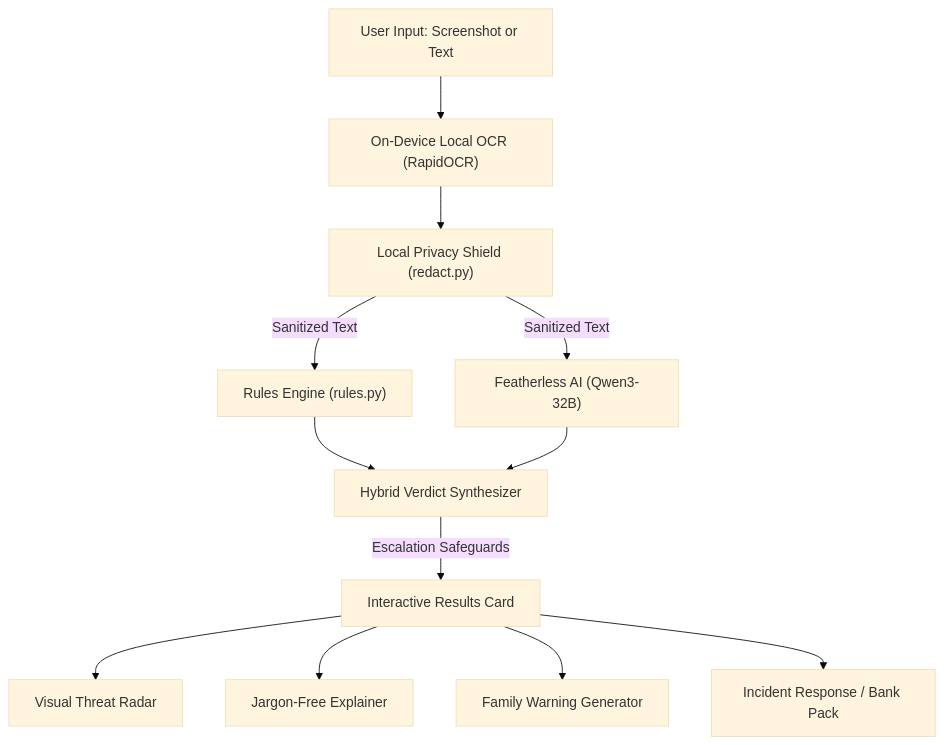
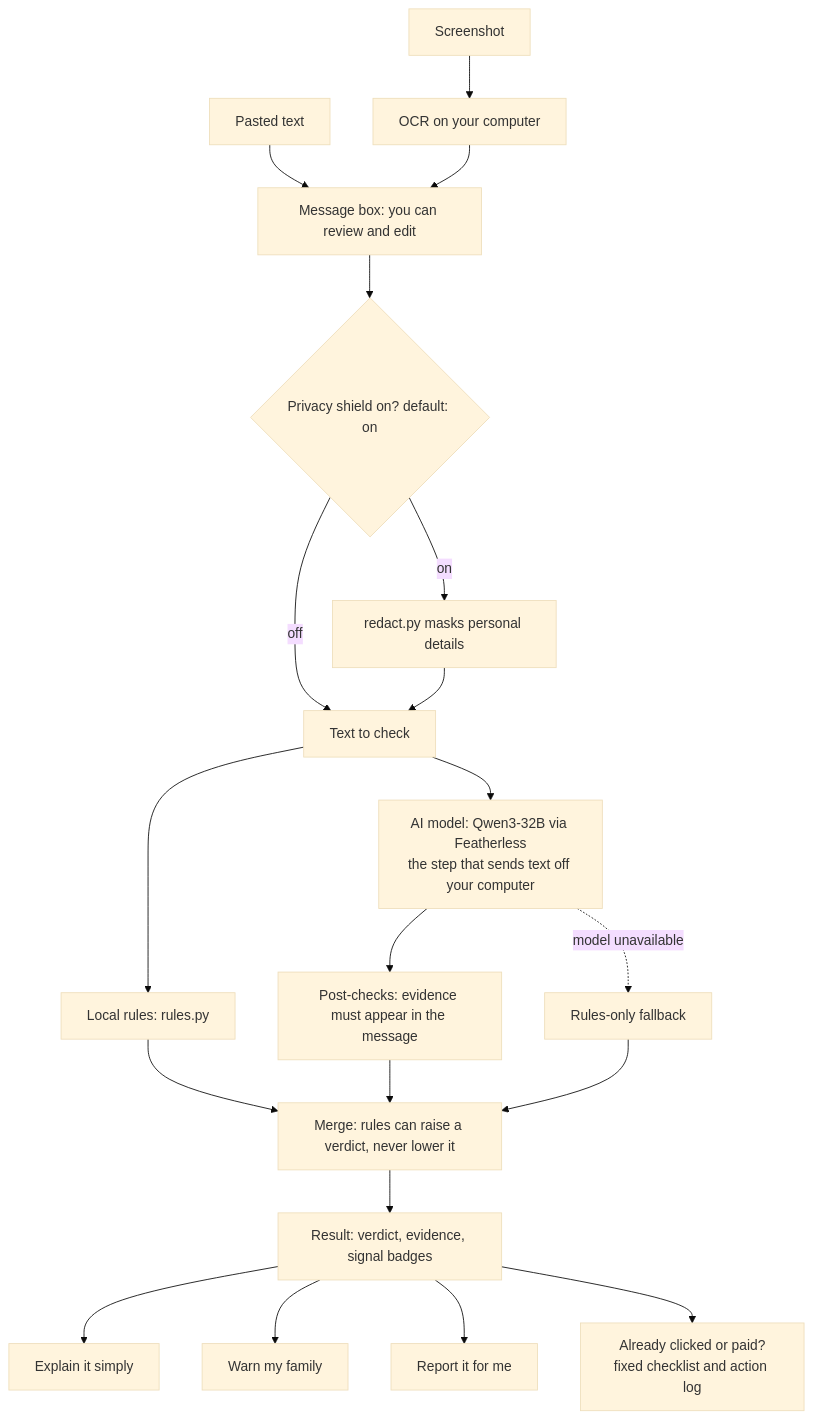
The diagram in README.md (Cxyna/second-look), drawn with Mermaid (base theme) before and after one commit. The commit also changed other lines of this file, not shown here.

````diff
--- a/README.md
+++ b/README.md
@@ -43,14 +50,22 @@
 ```mermaid
 flowchart TD
-    A["User Input: Screenshot or Text"] --> B["On-Device Local OCR (RapidOCR)"]
-    B --> C["Local Privacy Shield (redact.py)"]
-    C -->|Sanitized Text| D["Rules Engine (rules.py)"]
-    C -->|Sanitized Text| E["Featherless AI (Qwen3-32B)"]
-    D --> F["Hybrid Verdict Synthesizer"]
-    E --> F
-    F -->|Escalation Safeguards| G["Interactive Results Card"]
-    G --> H["Visual Threat Radar"]
-    G --> I["Jargon-Free Explainer"]
-    G --> J["Family Warning Generator"]
-    G --> K["Incident Response / Bank Pack"]
+  A[Pasted text] --> C
+  S[Screenshot] --> B[OCR on your computer]
+  B --> C[Message box: you can review and edit]
+  C --> D{Privacy shield on? default: on}
+  D -->|on| E[redact.py masks personal details]
+  D -->|off| F[Text to check]
+  E --> F
+  F --> G[Local rules: rules.py]
+  F --> H[AI model: Qwen3-32B via Featherless<br/>the step that sends text off your computer]
+  G --> I[Merge: rules can raise a verdict, never lower it]
+  H --> J[Post-checks: evidence must appear in the message]
+  J --> I
+  H -. model unavailable .-> K[Rules-only fallback]
+  K --> I
+  I --> L[Result: verdict, evidence, signal badges]
+  L --> M[Explain it simply]
+  L --> N[Warn my family]
+  L --> O[Report it for me]
+  L --> P[Already clicked or paid?<br/>fixed checklist and action log]
 ```
````
